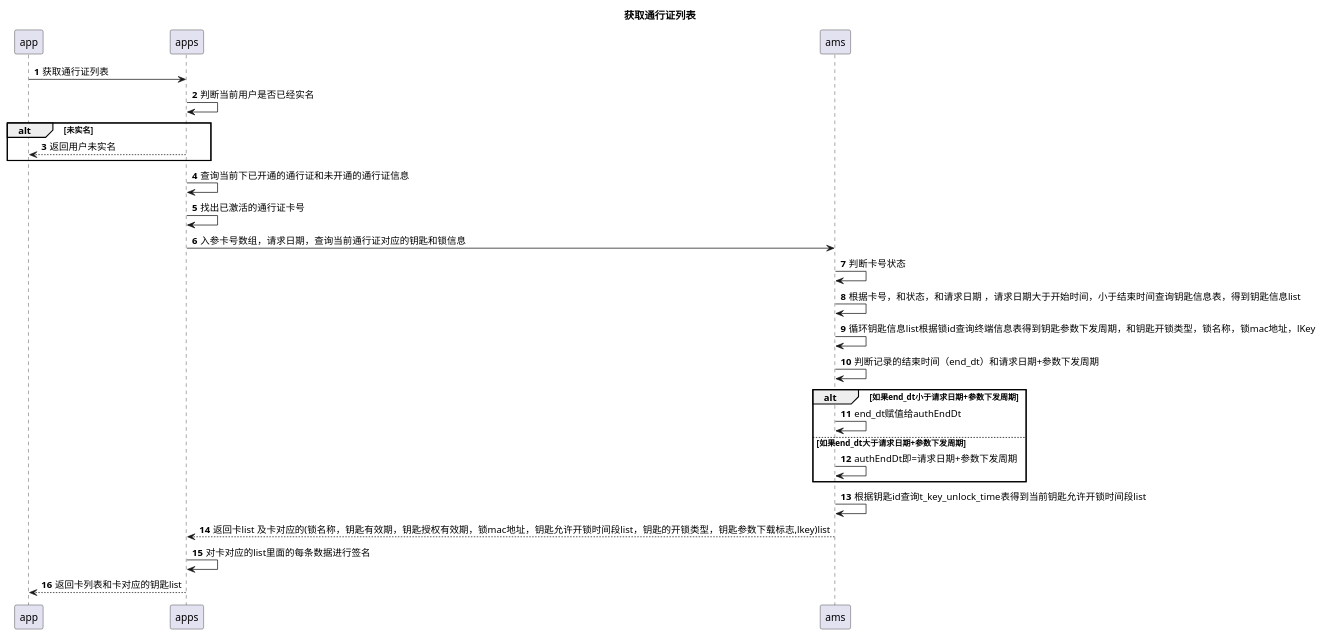
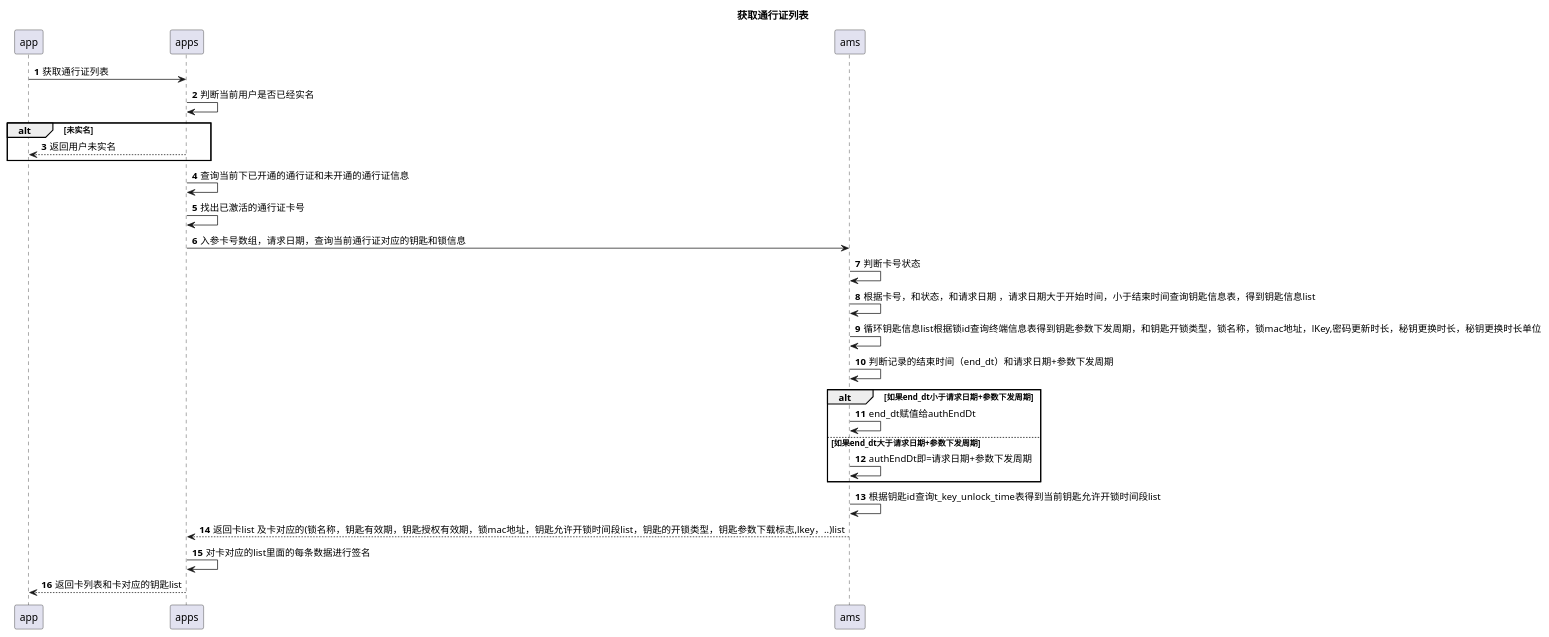
The diagram in doc/简兑智能锁/获取通行证列表.puml (13589080127/zc-test), drawn with PlantUML before and after one commit. The commit also changed 3 other files, not shown here.

```diff
--- a/doc/简兑智能锁/获取通行证列表.puml
+++ b/doc/简兑智能锁/获取通行证列表.puml
@@ -1,25 +1,25 @@
 @startuml
 title:获取通行证列表
 autonumber
 app->apps: 获取通行证列表
 apps->apps:判断当前用户是否已经实名
 alt 未实名
 apps-->app:返回用户未实名
 end
 apps->apps:查询当前下已开通的通行证和未开通的通行证信息
 apps->apps:找出已激活的通行证卡号
 apps->ams:入参卡号数组，请求日期，查询当前通行证对应的钥匙和锁信息
 ams->ams:判断卡号状态
 ams->ams:根据卡号，和状态，和请求日期 ，请求日期大于开始时间，小于结束时间查询钥匙信息表，得到钥匙信息list
-ams->ams:循环钥匙信息list根据锁id查询终端信息表得到钥匙参数下发周期，和钥匙开锁类型，锁名称，锁mac地址，lKey
+ams->ams:循环钥匙信息list根据锁id查询终端信息表得到钥匙参数下发周期，和钥匙开锁类型，锁名称，锁mac地址，lKey,密码更新时长，秘钥更换时长，秘钥更换时长单位
 ams->ams:判断记录的结束时间（end_dt）和请求日期+参数下发周期
 alt 如果end_dt小于请求日期+参数下发周期
 ams->ams:end_dt赋值给authEndDt
 else 如果end_dt大于请求日期+参数下发周期
 ams->ams:authEndDt即=请求日期+参数下发周期
 end
 ams->ams:根据钥匙id查询t_key_unlock_time表得到当前钥匙允许开锁时间段list
-ams-->apps:返回卡list 及卡对应的(锁名称，钥匙有效期，钥匙授权有效期，锁mac地址，钥匙允许开锁时间段list，钥匙的开锁类型，钥匙参数下载标志,lkey)list
+ams-->apps:返回卡list 及卡对应的(锁名称，钥匙有效期，钥匙授权有效期，锁mac地址，钥匙允许开锁时间段list，钥匙的开锁类型，钥匙参数下载标志,lkey，..)list
 apps->apps: 对卡对应的list里面的每条数据进行签名
 apps-->app: 返回卡列表和卡对应的钥匙list
 @enduml
```
